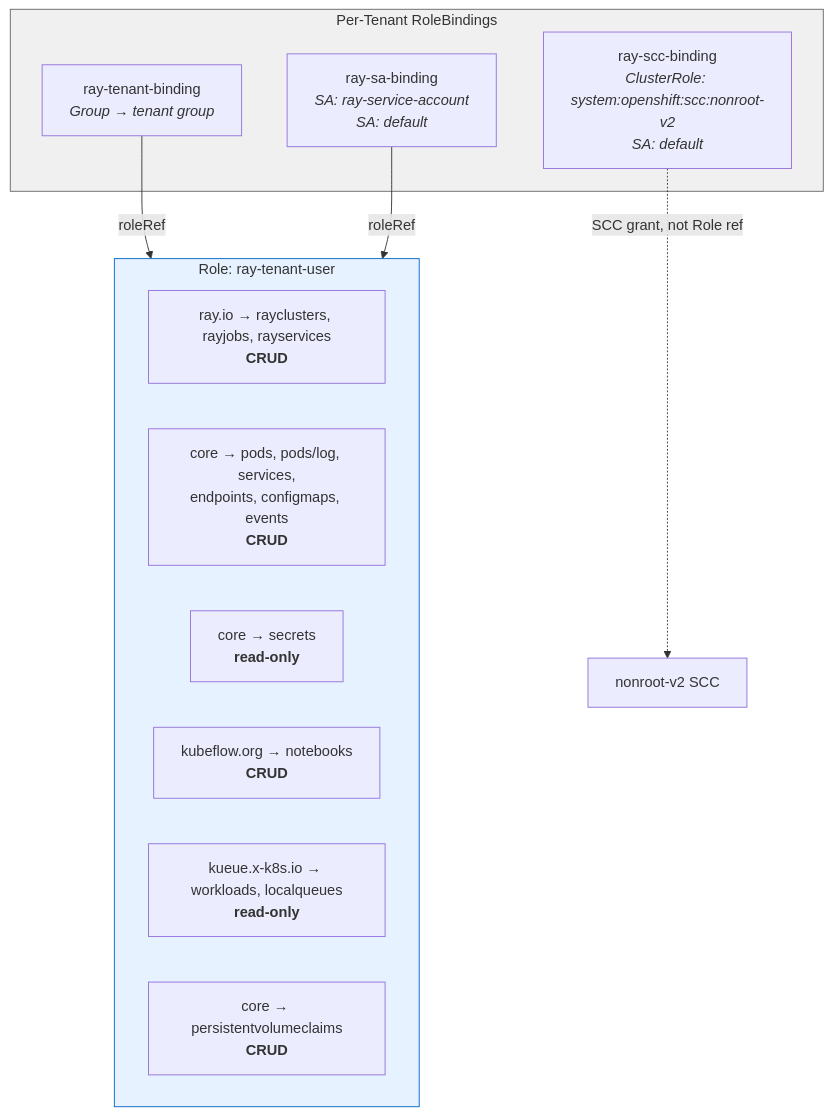
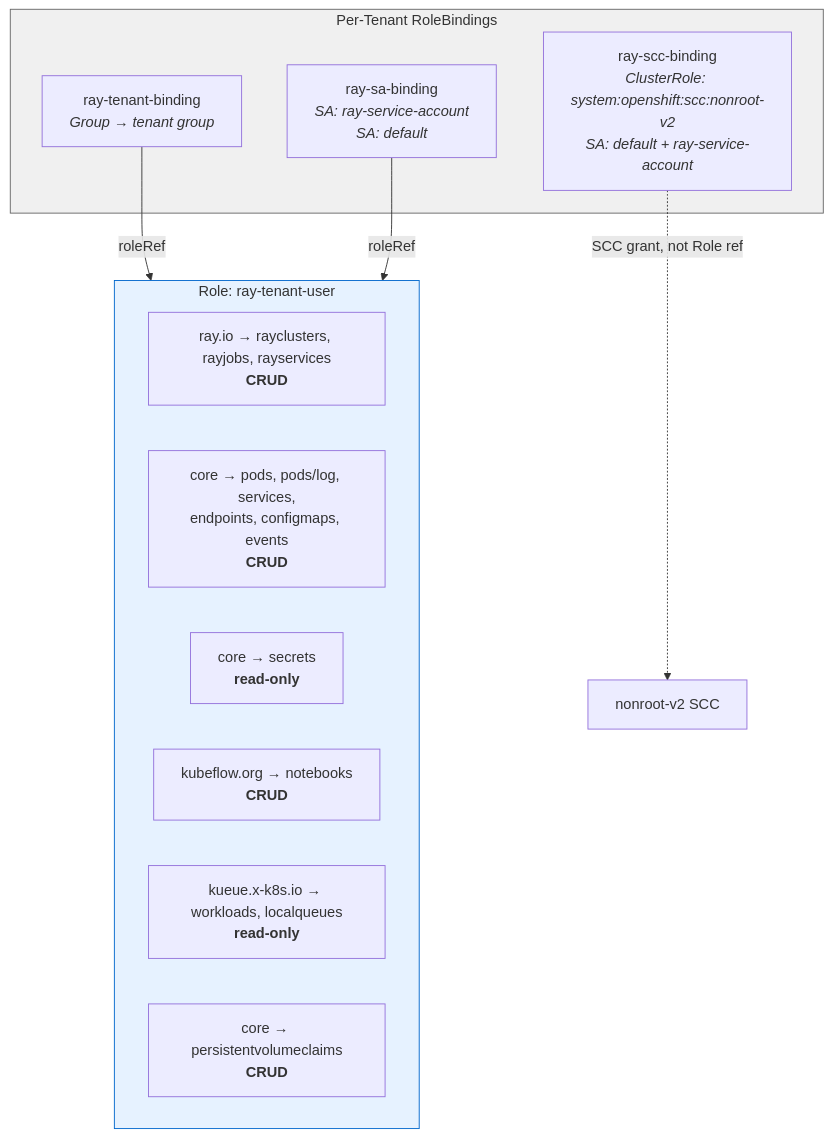
The fourth of 9 diagrams in docs/architecture.md (rrbanda/kray-ops), drawn with Mermaid before and after one commit. The commit also changed other lines of this file and 9 other files, not shown here.

````diff
--- a/docs/architecture.md
+++ b/docs/architecture.md
@@ -126,24 +126,24 @@
 ```mermaid
 graph TD
-    subgraph role["Role: ray-tenant-user"]
+    subgraph roleDefinition["Role: ray-tenant-user"]
         R1["ray.io → rayclusters, rayjobs, rayservices<br/><b>CRUD</b>"]
         R2["core → pods, pods/log, services,<br/>endpoints, configmaps, events<br/><b>CRUD</b>"]
         R3["core → secrets<br/><b>read-only</b>"]
         R4["kubeflow.org → notebooks<br/><b>CRUD</b>"]
         R5["kueue.x-k8s.io → workloads, localqueues<br/><b>read-only</b>"]
         R6["core → persistentvolumeclaims<br/><b>CRUD</b>"]
     end
 
     subgraph bindings["Per-Tenant RoleBindings"]
         B1["ray-tenant-binding<br/><i>Group → tenant group</i>"]
         B2["ray-sa-binding<br/><i>SA: ray-service-account</i><br/><i>SA: default</i>"]
-        B3["ray-scc-binding<br/><i>ClusterRole: system:openshift:scc:nonroot-v2</i><br/><i>SA: default</i>"]
+        B3["ray-scc-binding<br/><i>ClusterRole: system:openshift:scc:nonroot-v2</i><br/><i>SA: default + ray-service-account</i>"]
     end
 
-    B1 -->|roleRef| role
-    B2 -->|roleRef| role
+    B1 -->|roleRef| roleDefinition
+    B2 -->|roleRef| roleDefinition
     B3 -.->|SCC grant, not Role ref| SCC["nonroot-v2 SCC"]
 
-    style role fill:#e6f2ff,stroke:#0066cc
+    style roleDefinition fill:#e6f2ff,stroke:#0066cc
     style bindings fill:#f0f0f0,stroke:#666
 ```
````
